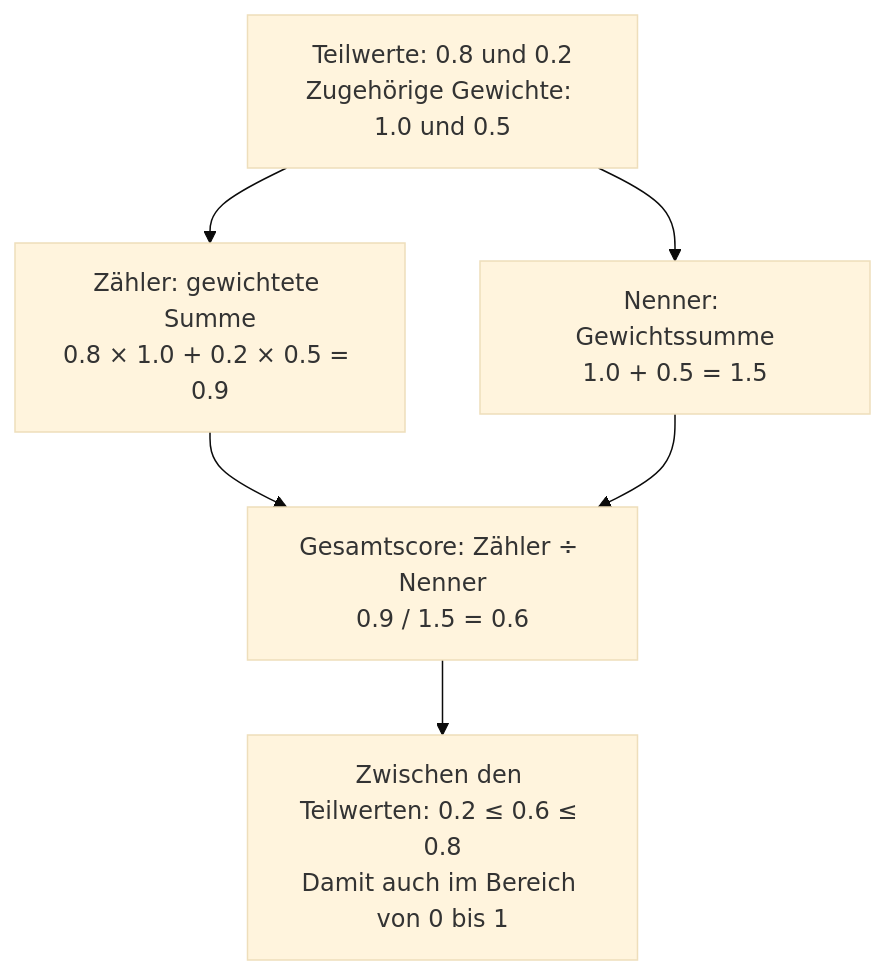
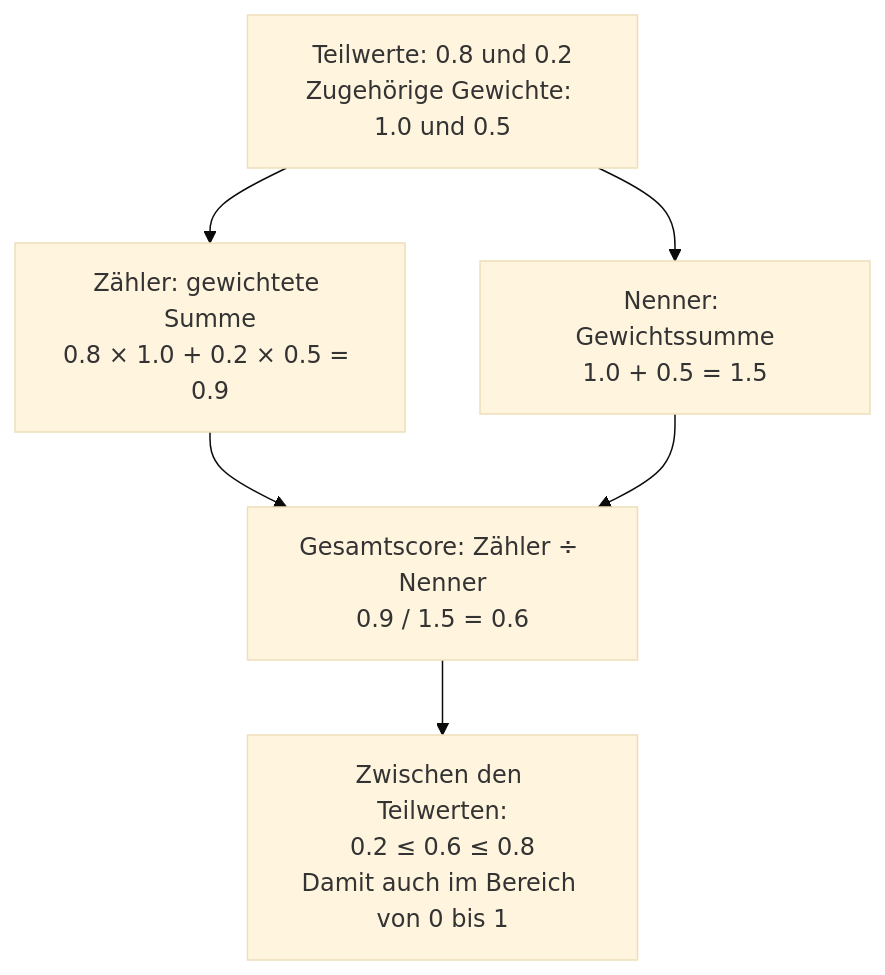
One commit to ghackenberg/SpineML changed diagram 11 of 17 in README.md. Above: the diagram before and after it, drawn with Mermaid (base theme).

Commit message:
Place score inequality on its own diagram line

````diff
--- a/README.md
+++ b/README.md
@@ -1931,9 +1931,9 @@
 ```mermaid
 flowchart TD
     A["Teilwerte: 0.8 und 0.2<br/>Zugehörige Gewichte: 1.0 und 0.5"]
     A --> Z["Zähler: gewichtete Summe<br/>0.8 × 1.0 + 0.2 × 0.5 = 0.9"]
     A --> N["Nenner: Gewichtssumme<br/>1.0 + 0.5 = 1.5"]
     Z --> S["Gesamtscore: Zähler ÷ Nenner<br/>0.9 / 1.5 = 0.6"]
     N --> S
-    S --> B["Zwischen den Teilwerten: 0.2 ≤ 0.6 ≤ 0.8<br/>Damit auch im Bereich von 0 bis 1"]
+    S --> B["Zwischen den Teilwerten:<br/>0.2 ≤ 0.6 ≤ 0.8<br/>Damit auch im Bereich von 0 bis 1"]
 ```
````
